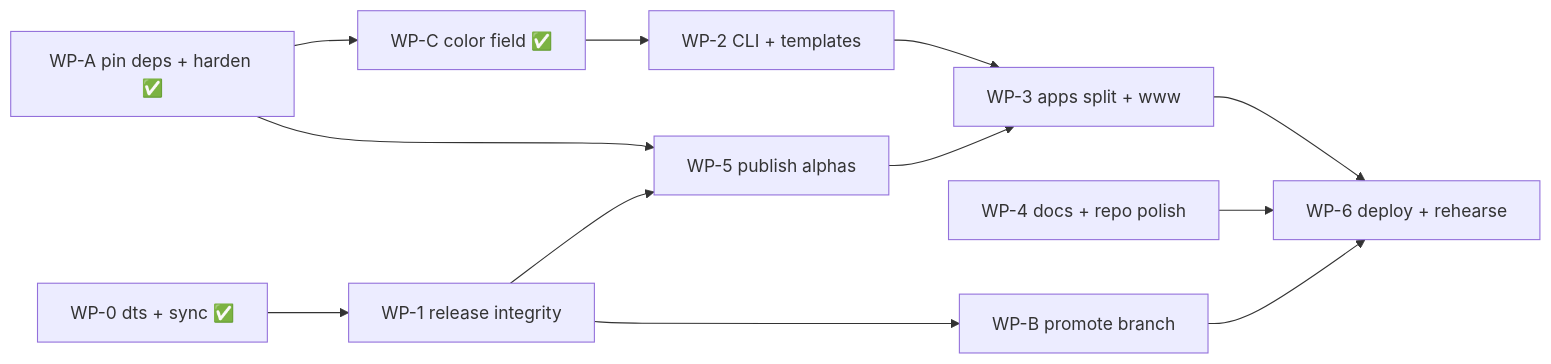
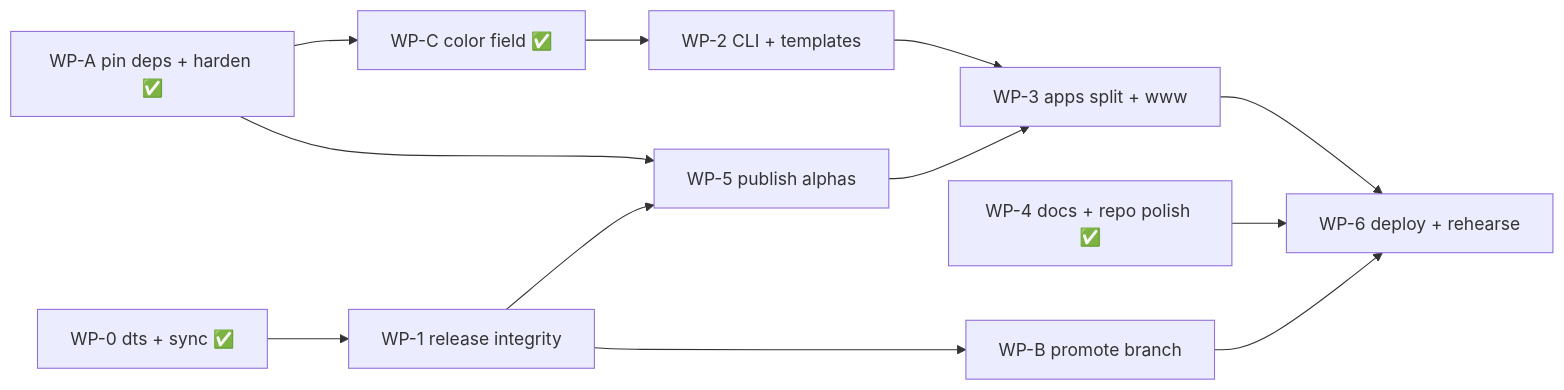
Before and after one commit to ianyimi/vex: the diagram in .agent/docs/specs/2026-08-30-launch-readiness/spec.md, drawn with Mermaid. The commit also changed other lines of this file and 44 other files, not shown here.

````diff
--- a/.agent/docs/specs/2026-08-30-launch-readiness/spec.md
+++ b/.agent/docs/specs/2026-08-30-launch-readiness/spec.md
@@ -105,14 +105,14 @@
 ```mermaid
 graph LR
   WP0["WP-0 dts + sync ✅"] --> WP1["WP-1 release integrity"]
   WPA["WP-A pin deps + harden ✅"] --> WPC["WP-C color field ✅"]
   WPC --> WP2["WP-2 CLI + templates"]
   WPA --> WP5
   WP1 --> WP5["WP-5 publish alphas"]
   WP2 --> WP3["WP-3 apps split + www"]
   WP5 --> WP3
   WP1 --> WPB["WP-B promote branch"]
   WP3 --> WP6["WP-6 deploy + rehearse"]
-  WP4["WP-4 docs + repo polish"] --> WP6
+  WP4["WP-4 docs + repo polish ✅"] --> WP6
   WPB --> WP6
 ```
````
